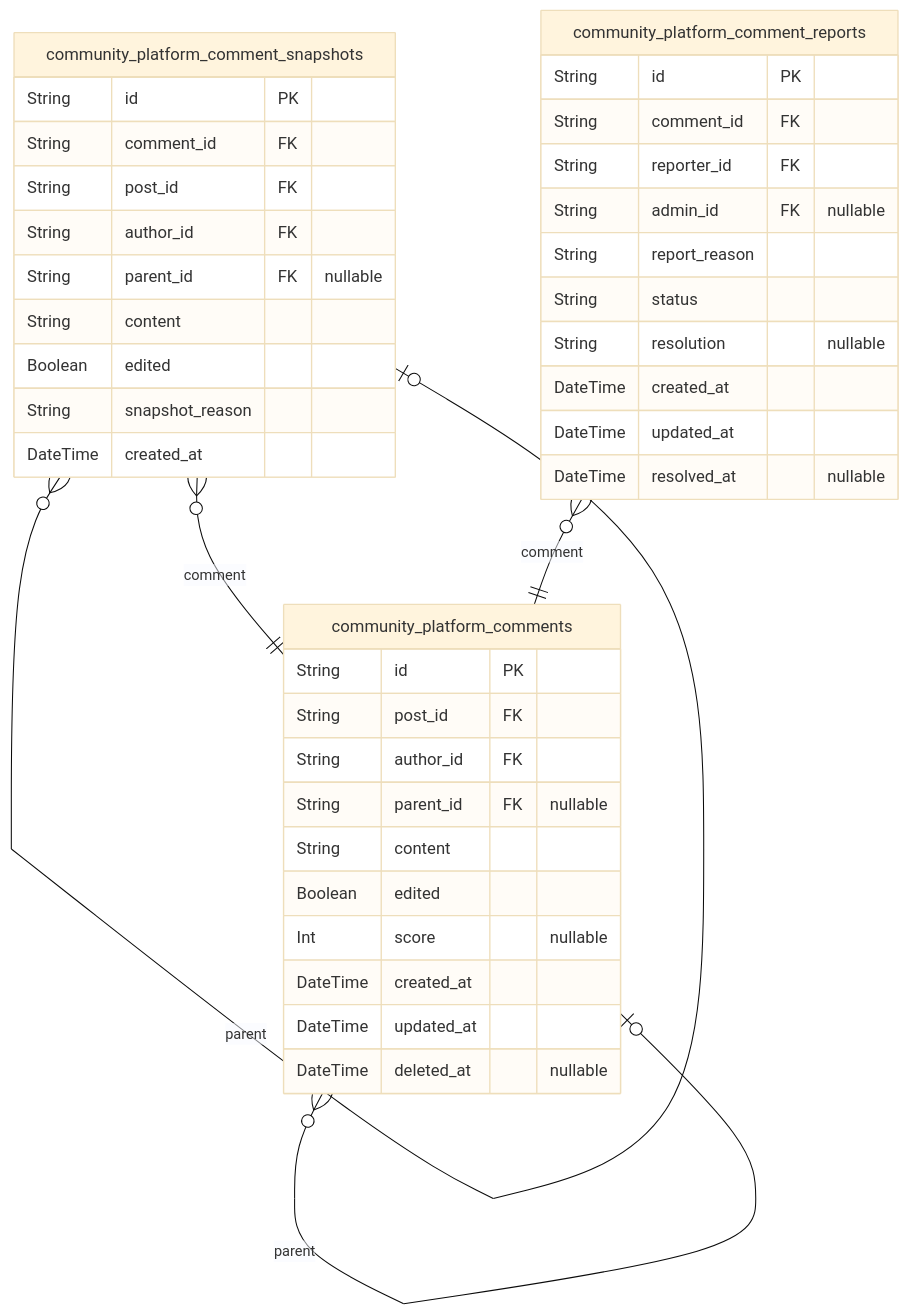
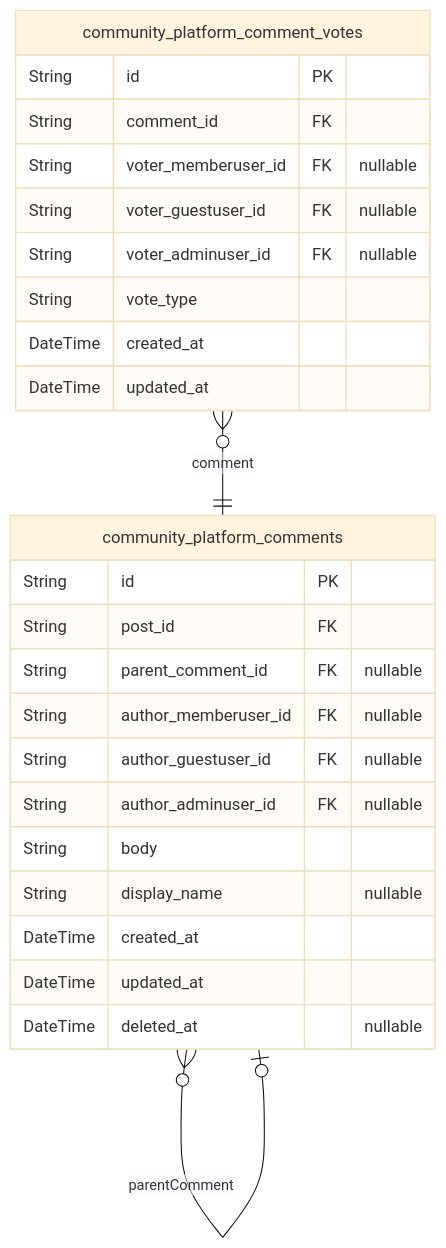
The fifth of 6 diagrams in docs/ERD.md (wrtnlabs/autobe-example-reddit-openai-gpt-4.1), drawn with Mermaid (base theme) before and after one commit. The commit also changed other lines of this file and 820 other files, not shown here.

````diff
--- a/docs/ERD.md
+++ b/docs/ERD.md
@@ -624,42 +573,28 @@
 ```mermaid
 erDiagram
 "community_platform_comments" {
   String id PK
   String post_id FK
-  String author_id FK
-  String parent_id FK "nullable"
-  String content
-  Boolean edited
-  Int score "nullable"
+  String parent_comment_id FK "nullable"
+  String author_memberuser_id FK "nullable"
+  String author_guestuser_id FK "nullable"
+  String author_adminuser_id FK "nullable"
+  String body
+  String display_name "nullable"
   DateTime created_at
   DateTime updated_at
   DateTime deleted_at "nullable"
 }
-"community_platform_comment_snapshots" {
+"community_platform_comment_votes" {
   String id PK
   String comment_id FK
-  String post_id FK
-  String author_id FK
-  String parent_id FK "nullable"
-  String content
-  Boolean edited
-  String snapshot_reason
-  DateTime created_at
-}
-"community_platform_comment_reports" {
-  String id PK
-  String comment_id FK
-  String reporter_id FK
-  String admin_id FK "nullable"
-  String report_reason
-  String status
-  String resolution "nullable"
+  String voter_memberuser_id FK "nullable"
+  String voter_guestuser_id FK "nullable"
+  String voter_adminuser_id FK "nullable"
+  String vote_type
   DateTime created_at
   DateTime updated_at
-  DateTime resolved_at "nullable"
 }
-"community_platform_comments" }o--o| "community_platform_comments" : parent
-"community_platform_comment_snapshots" }o--|| "community_platform_comments" : comment
-"community_platform_comment_snapshots" }o--o| "community_platform_comment_snapshots" : parent
-"community_platform_comment_reports" }o--|| "community_platform_comments" : comment
+"community_platform_comments" }o--o| "community_platform_comments" : parentComment
+"community_platform_comment_votes" }o--|| "community_platform_comments" : comment
 ```
````
